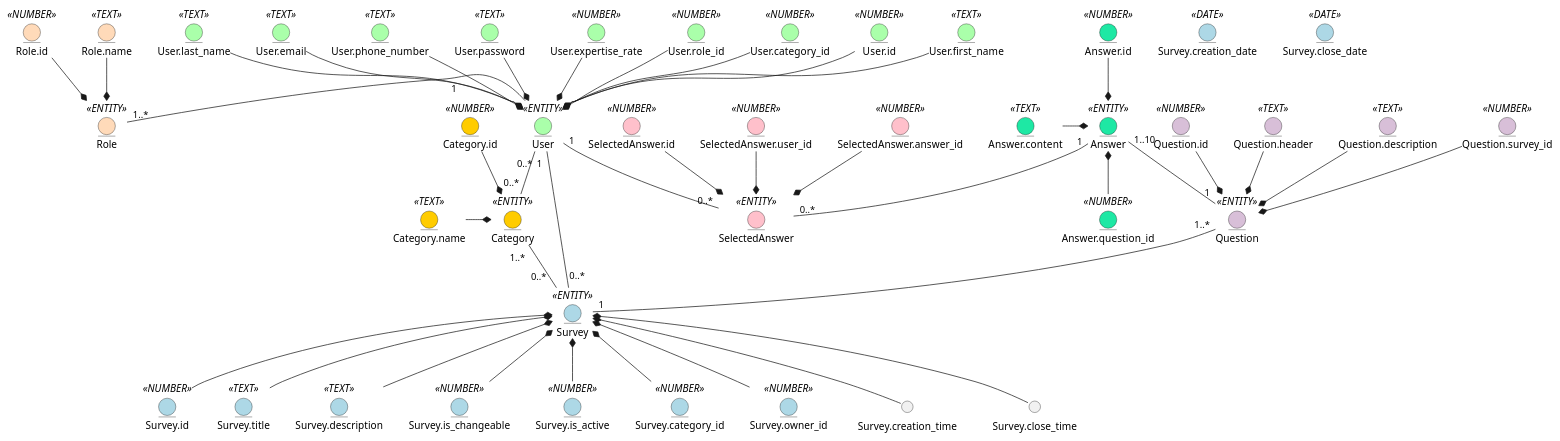
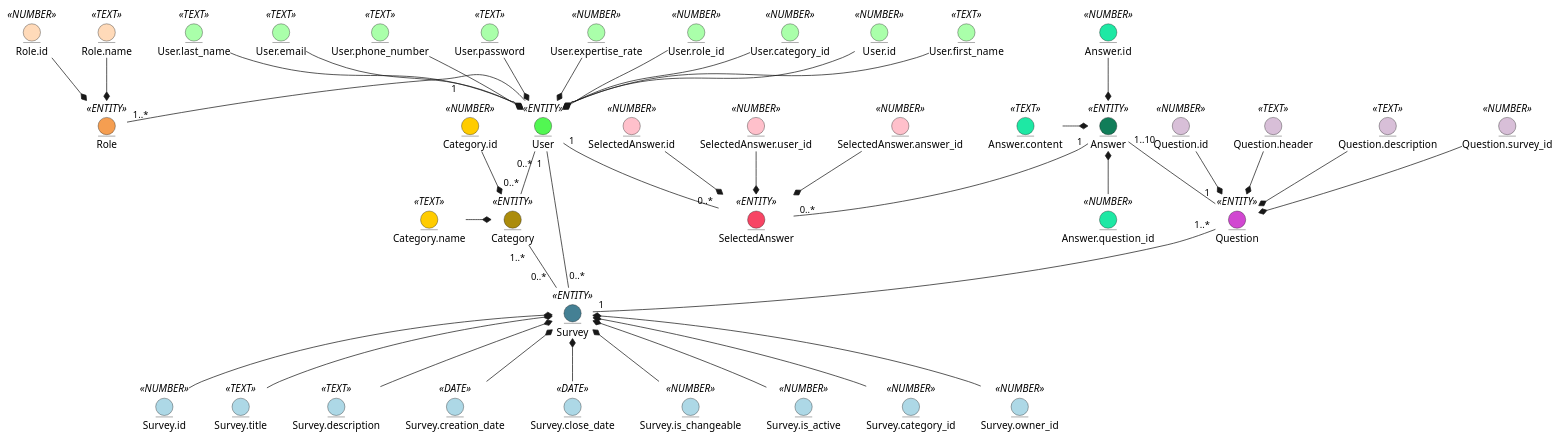
Before and after one commit to generalmaks/db_labs: the first of 2 diagrams in docs/design.md, drawn with PlantUML.

Commit message:
Add color to entities in business-object model

````diff
--- a/docs/design.md
+++ b/docs/design.md
@@ -13,7 +13,7 @@
 ```plantuml
 @startuml
 
-entity User <<ENTITY>> #aaffaa
+entity User <<ENTITY>> #52f752
 entity User.id <<NUMBER>> #aaffaa
 entity User.first_name <<TEXT>> #aaffaa
 entity User.last_name <<TEXT>> #aaffaa
@@ -34,14 +34,14 @@
 User.role_id -d-* User
 User.category_id -d-* User
 
-entity Role <<ENTITY>> #FFDAB9
+entity Role <<ENTITY>> #f59e51
 entity Role.id <<NUMBER>> #FFDAB9
 entity Role.name <<TEXT>> #FFDAB9
 
 Role.id --* Role
 Role.name --* Role
 
-entity Survey <<ENTITY>> #ADD8E6
+entity Survey <<ENTITY>> #448094
 entity Survey.id <<NUMBER>> #ADD8E6
 entity Survey.title <<TEXT>> #ADD8E6
 entity Survey.description <<TEXT>> #ADD8E6
@@ -56,13 +56,13 @@
 Survey.title -u-* Survey
 Survey.category_id -u-* Survey
 Survey.description -u-* Survey
-Survey.creation_time -u-* Survey
-Survey.close_time -u-* Survey
+Survey.creation_date -u-* Survey
+Survey.close_date -u-* Survey
 Survey.is_changeable -u-* Survey
 Survey.is_active -u-* Survey
 Survey.owner_id -u-* Survey
 
-entity Question <<ENTITY>> #D8BFD8
+entity Question <<ENTITY>> #d147d1
 entity Question.id <<NUMBER>> #D8BFD8
 entity Question.header <<TEXT>> #D8BFD8
 entity Question.description <<TEXT>> #D8BFD8
@@ -73,7 +73,7 @@
 Question.description --* Question
 Question.survey_id --* Question
 
-entity Answer <<ENTITY>> #1ee8a4
+entity Answer <<ENTITY>> #117d59
 entity Answer.id <<NUMBER>> #1ee8a4
 entity Answer.content <<TEXT>> #1ee8a4
 entity Answer.question_id <<NUMBER>> #1ee8a4
@@ -82,14 +82,14 @@
 Answer.content -r-* Answer
 Answer.question_id -u-* Answer
 
-entity Category <<ENTITY>> #FFCC00
+entity Category <<ENTITY>> #ab8c0c
 entity Category.id <<NUMBER>> #FFCC00
 entity Category.name <<TEXT>> #FFCC00
 
 Category.id --* Category
 Category.name -* Category
 
-entity SelectedAnswer <<ENTITY>> #FFC0CB
+entity SelectedAnswer <<ENTITY>> #f74564
 entity SelectedAnswer.id <<NUMBER>> #FFC0CB
 entity SelectedAnswer.user_id <<NUMBER>> #FFC0CB
 entity SelectedAnswer.answer_id <<NUMBER>> #FFC0CB
````
